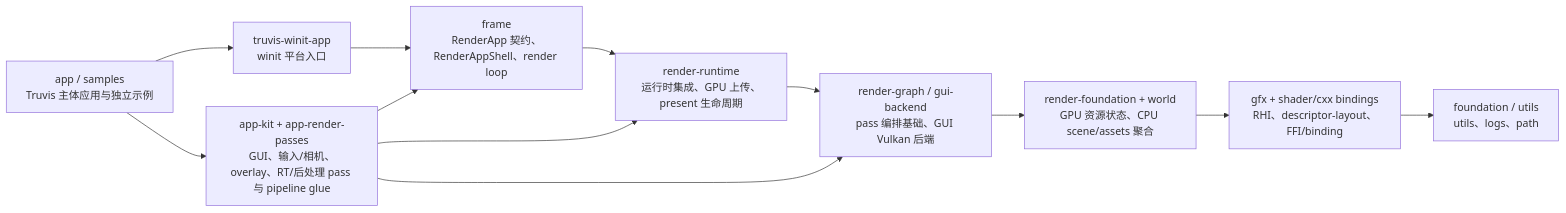
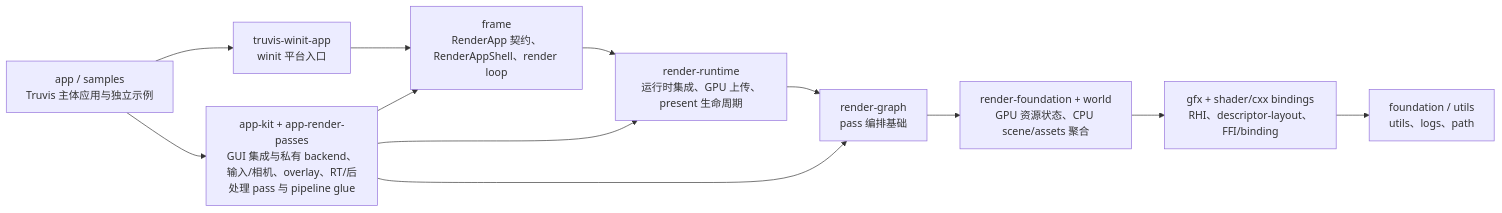
One commit to acccoco/TruvisRenderer changed the second of 7 diagrams in ARCHITECTURE.md. Above: the diagram before and after it, drawn with Mermaid. The commit also changed other lines of this file and 16 other files, not shown here.

First line of the commit message:
[refactor] 将 GUI 后端合并进 app-kit

````diff
--- a/ARCHITECTURE.md
+++ b/ARCHITECTURE.md
@@ -33,17 +33,17 @@
 ```mermaid
 flowchart LR
     Foundation["foundation / utils<br/>utils、logs、path"]
     Gfx["gfx + shader/cxx bindings<br/>RHI、descriptor-layout、FFI/binding"]
     Core["render-foundation + world<br/>GPU 资源状态、CPU scene/assets 聚合"]
-    RenderDomain["render-graph / gui-backend<br/>pass 编排基础、GUI Vulkan 后端"]
+    RenderDomain["render-graph<br/>pass 编排基础"]
     Runtime["render-runtime<br/>运行时集成、GPU 上传、present 生命周期"]
     Frame["frame<br/>RenderApp 契约、RenderAppShell、render loop"]
-    AppKit["app-kit + app-render-passes<br/>GUI、输入/相机、overlay、RT/后处理 pass 与 pipeline glue"]
+    AppKit["app-kit + app-render-passes<br/>GUI 集成与私有 backend、输入/相机、overlay、RT/后处理 pass 与 pipeline glue"]
     App["app / samples<br/>Truvis 主体应用与独立示例"]
     Platform["truvis-winit-app<br/>winit 平台入口"]
 
     App --> Platform --> Frame --> Runtime --> RenderDomain --> Core --> Gfx --> Foundation
     App --> AppKit --> Frame
     AppKit --> Runtime
     AppKit --> RenderDomain
 ```
````
